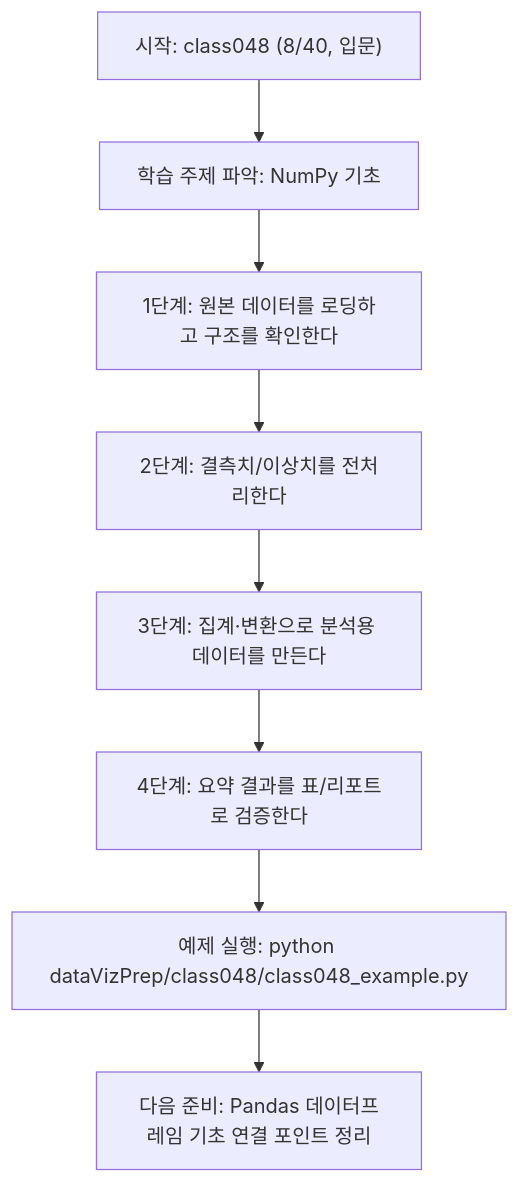
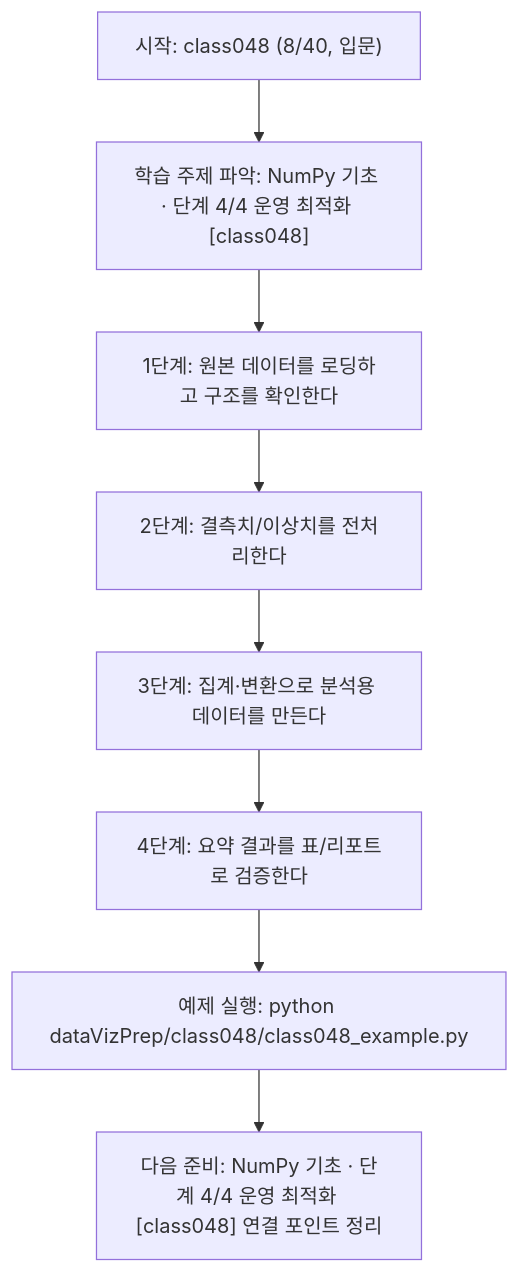
One commit to edumgt/Python-AI_Agent-Class changed the diagram in dataVizPrep/class048/class048.md. Above: the diagram before and after it, drawn with Mermaid. The commit also changed other lines of this file and 522 other files, not shown here.

````diff
--- a/dataVizPrep/class048/class048.md
+++ b/dataVizPrep/class048/class048.md
@@ -109,18 +110,18 @@
 ```mermaid
 flowchart TD
 N1["시작: class048 (8/40, 입문)"]
-N2["학습 주제 파악: NumPy 기초"]
+N2["학습 주제 파악: NumPy 기초 · 단계 4/4 운영 최적화 [class048]"]
 N3["1단계: 원본 데이터를 로딩하고 구조를 확인한다"]
 N4["2단계: 결측치/이상치를 전처리한다"]
 N5["3단계: 집계·변환으로 분석용 데이터를 만든다"]
 N6["4단계: 요약 결과를 표/리포트로 검증한다"]
 N7["예제 실행: python dataVizPrep/class048/class048_example.py"]
-N8["다음 준비: Pandas 데이터프레임 기초 연결 포인트 정리"]
+N8["다음 준비: NumPy 기초 · 단계 4/4 운영 최적화 [class048] 연결 포인트 정리"]
 N1 --> N2
 N2 --> N3
 N3 --> N4
 N4 --> N5
 N5 --> N6
 N6 --> N7
 N7 --> N8
 ```
````
